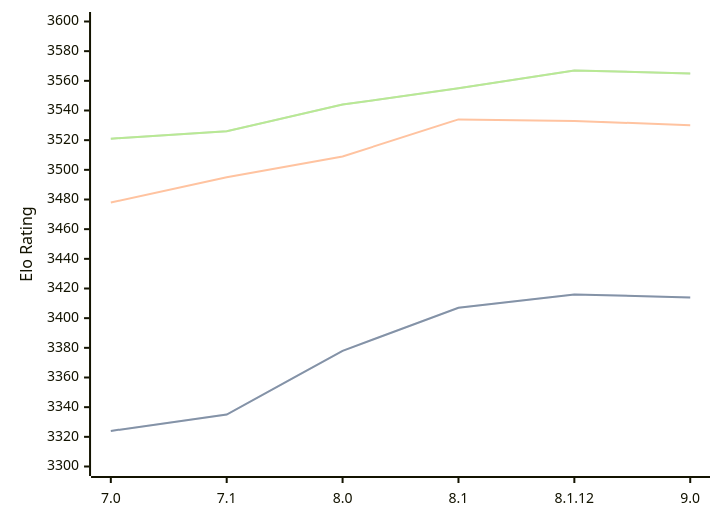
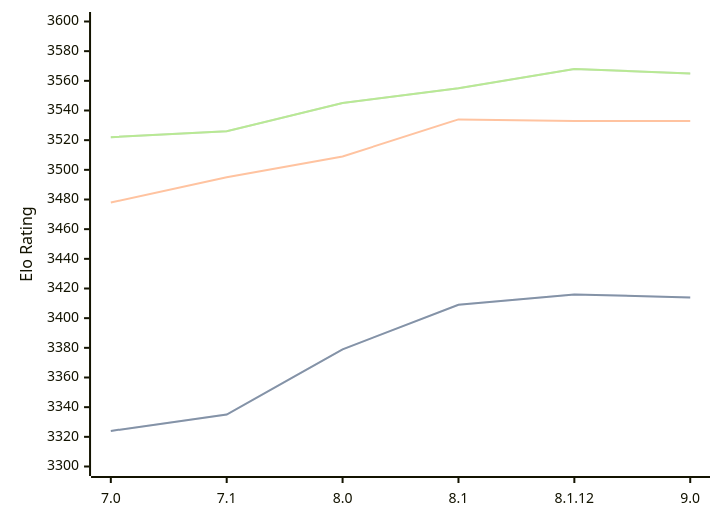
One commit to computer-chess-index/cci changed the first of 3 diagrams in engines/Alexandria.md. Above: the diagram before and after it, drawn with Mermaid. The commit also changed other lines of this file, not shown here.

Commit message:
Update CCI Ratings (ELO VLTC) - 2026-07-08

````diff
--- a/engines/Alexandria.md
+++ b/engines/Alexandria.md
@@ -55,11 +55,11 @@
 ```mermaid
 %%{init: {"theme":"base","themeVariables":{"seriesColors:['#a3a3a3','#222221','#faa371']}}}%%
 xychart-beta
   x-axis ["7.0", "7.1", "8.0", "8.1", "8.1.12", "9.0"]
   y-axis "Elo Rating" 3300 --> 3600
-  line "STC (8.0+0.08s)" [3324, 3335, 3378, 3407, 3416, 3414]
-  line "STC (8.0+0.08s)" [3324, 3335, 3378, 3407, 3416, 3414]
-  line "LTC (60.0+0.60s)" [3478, 3495, 3509, 3534, 3533, 3530]
-  line "VLTC (2m24s+1.12s)" [3521, 3526, 3544, 3555, 3567, 3565]
-  line "VLTC (2m24s+1.12s)" [3521, 3526, 3544, 3555, 3567, 3565]
+  line "STC (8.0+0.08s)" [3324, 3335, 3379, 3409, 3416, 3414]
+  line "STC (8.0+0.08s)" [3324, 3335, 3379, 3409, 3416, 3414]
+  line "LTC (60.0+0.60s)" [3478, 3495, 3509, 3534, 3533, 3533]
+  line "VLTC (2m24s+1.12s)" [3522, 3526, 3545, 3555, 3568, 3565]
+  line "VLTC (2m24s+1.12s)" [3522, 3526, 3545, 3555, 3568, 3565]
 ```
````
